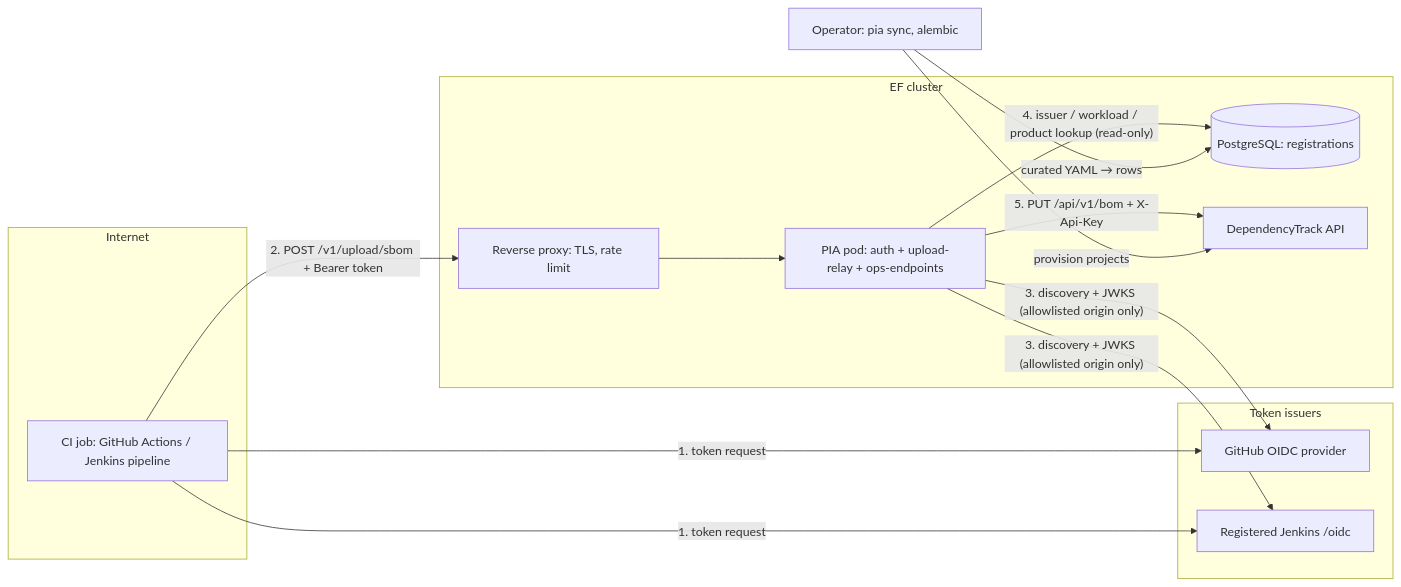
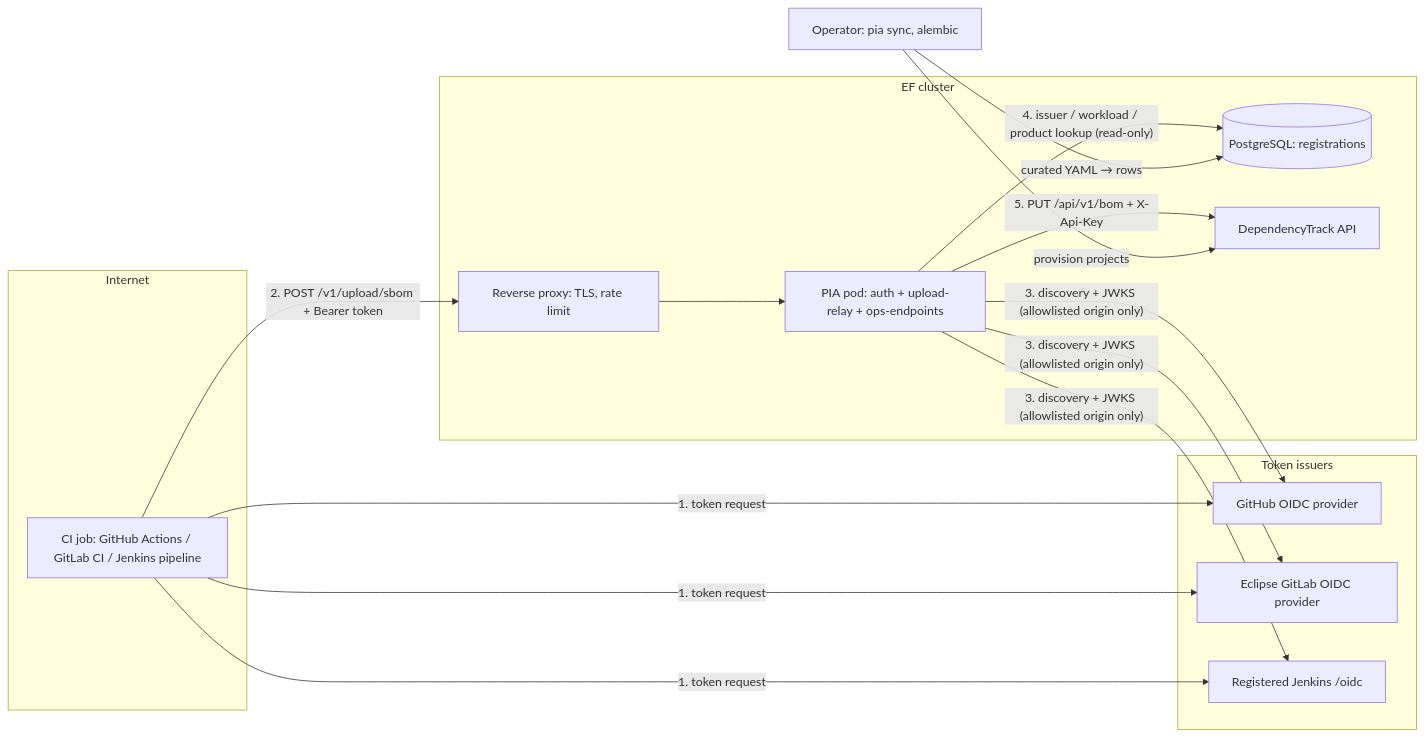
One commit to eclipse-csi/pia changed the diagram in threat-model.md. Above: the diagram before and after it, drawn with Mermaid. The commit also changed other lines of this file and 15 other files, not shown here.

````diff
--- a/threat-model.md
+++ b/threat-model.md
@@ -193,26 +225,29 @@
 ```mermaid
 flowchart LR
     subgraph internet [Internet]
-        CI[CI job: GitHub Actions / Jenkins pipeline]
+        CI[CI job: GitHub Actions / GitLab CI / Jenkins pipeline]
     end
     subgraph idp [Token issuers]
         GH[GitHub OIDC provider]
+        GL[Eclipse GitLab OIDC provider]
         JK[Registered Jenkins /oidc]
     end
     subgraph cluster [EF cluster]
         PX[Reverse proxy: TLS, rate limit]
         PIA[PIA pod: auth + upload-relay + ops-endpoints]
         DB[(PostgreSQL: registrations)]
         DT[DependencyTrack API]
     end
     OP[Operator: pia sync, alembic]
     CI -- "1. token request" --> GH
+    CI -- "1. token request" --> GL
     CI -- "1. token request" --> JK
     CI -- "2. POST /v1/upload/sbom + Bearer token" --> PX --> PIA
     PIA -- "3. discovery + JWKS (allowlisted origin only)" --> GH
+    PIA -- "3. discovery + JWKS (allowlisted origin only)" --> GL
     PIA -- "3. discovery + JWKS (allowlisted origin only)" --> JK
     PIA -- "4. issuer / workload / product lookup (read-only)" --> DB
     PIA -- "5. PUT /api/v1/bom + X-Api-Key" --> DT
     OP -- "curated YAML → rows" --> DB
     OP -- "provision projects" --> DT
 ```
````
